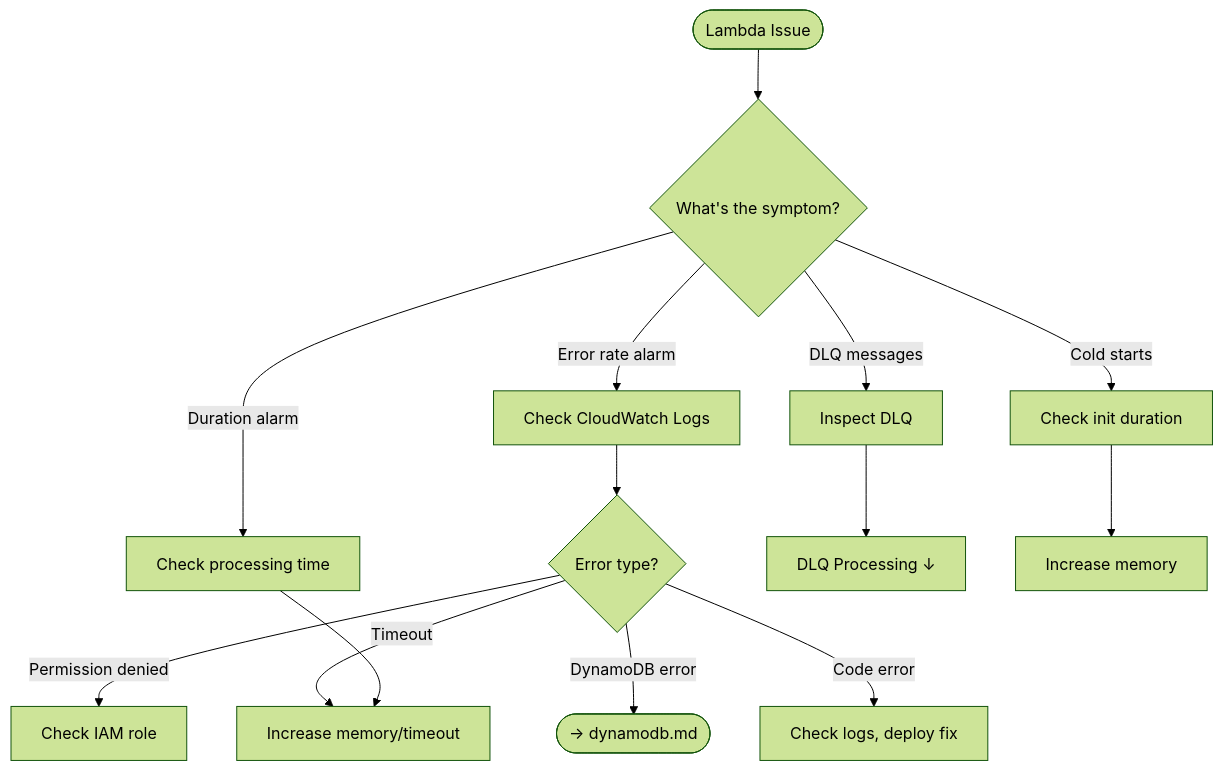
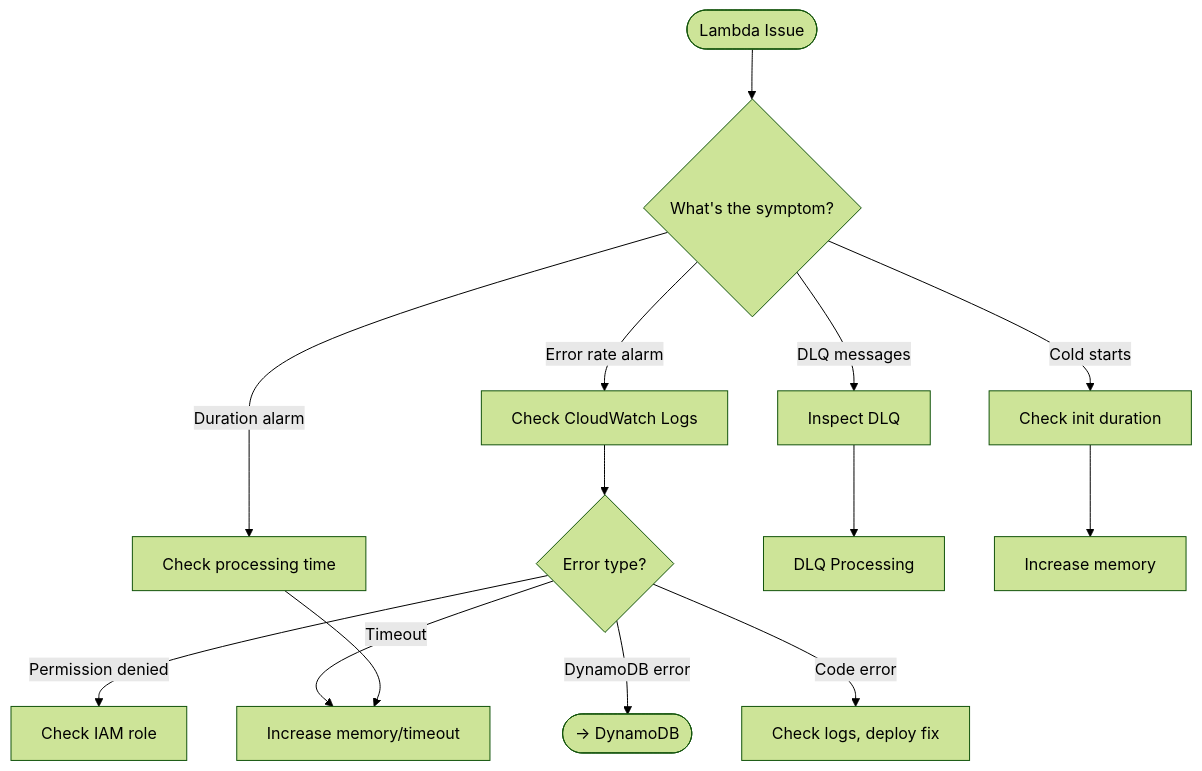
One commit to zeroae/zae-limiter changed the diagram in docs/operations/lambda.md. Above: the diagram before and after it, drawn with Mermaid (forest theme). The commit also changed other lines of this file and 8 other files, not shown here.

````diff
--- a/docs/operations/lambda.md
+++ b/docs/operations/lambda.md
@@ -7,19 +7,27 @@
 ```mermaid
 flowchart TD
     START([Lambda Issue]) --> Q1{What's the symptom?}
 
     Q1 -->|Error rate alarm| CHECK1[Check CloudWatch Logs]
     Q1 -->|Duration alarm| CHECK2[Check processing time]
     Q1 -->|DLQ messages| CHECK3[Inspect DLQ]
     Q1 -->|Cold starts| CHECK4[Check init duration]
 
     CHECK1 --> DIAG{Error type?}
     DIAG -->|Permission denied| FIX1[Check IAM role]
     DIAG -->|Timeout| FIX2[Increase memory/timeout]
-    DIAG -->|DynamoDB error| LINK1([→ dynamodb.md])
+    DIAG -->|DynamoDB error| LINK1([→ DynamoDB])
     DIAG -->|Code error| FIX3[Check logs, deploy fix]
 
     CHECK2 --> FIX2
-    CHECK3 --> DLQ[DLQ Processing ↓]
+    CHECK3 --> DLQ[DLQ Processing]
     CHECK4 --> FIX4[Increase memory]
+
+    click CHECK1 "#error-rate-issues" "View error diagnostics"
+    click FIX1 "#error-rate-issues" "IAM troubleshooting"
+    click FIX2 "#high-lambda-duration" "Increase resources"
+    click LINK1 "dynamodb/" "DynamoDB operations"
+    click FIX3 "#lambda-redeployment" "Redeploy Lambda"
+    click DLQ "#messages-in-dead-letter-queue" "DLQ processing"
+    click FIX4 "#cold-start-issues" "Cold start fixes"
 ```
````
